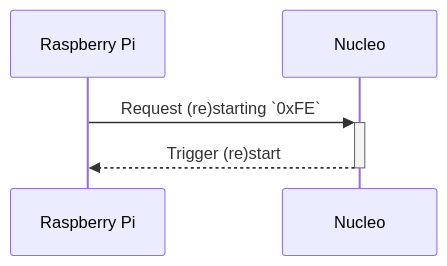
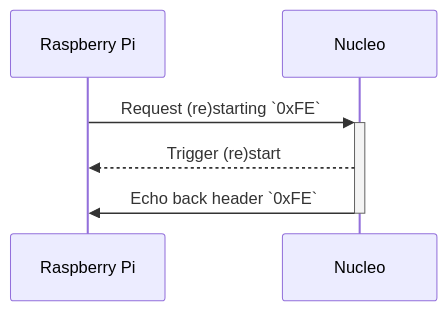
Before and after one commit to rogy-AquaLab/2024_umiusi_nucleo: the fourth of 6 diagrams in README.md, drawn with Mermaid. The commit also changed other lines of this file, not shown here.

````diff
--- a/README.md
+++ b/README.md
@@ -32,7 +35,8 @@
 ```mermaid
 sequenceDiagram
     participant RPi as Raspberry Pi
     participant N as Nucleo
     RPi ->>+ N: Request (re)starting `0xFE`
-    N -->>- RPi: Trigger (re)start
+    N -->> RPi: Trigger (re)start
+    N ->>- RPi: Echo back header `0xFE`
 ```
````
